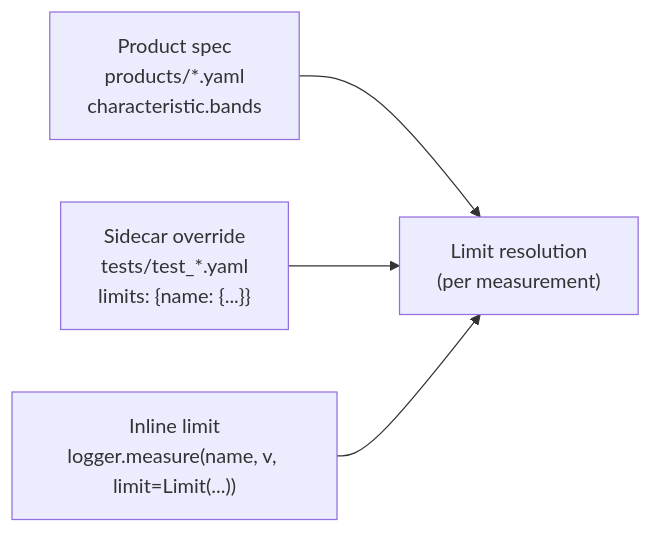
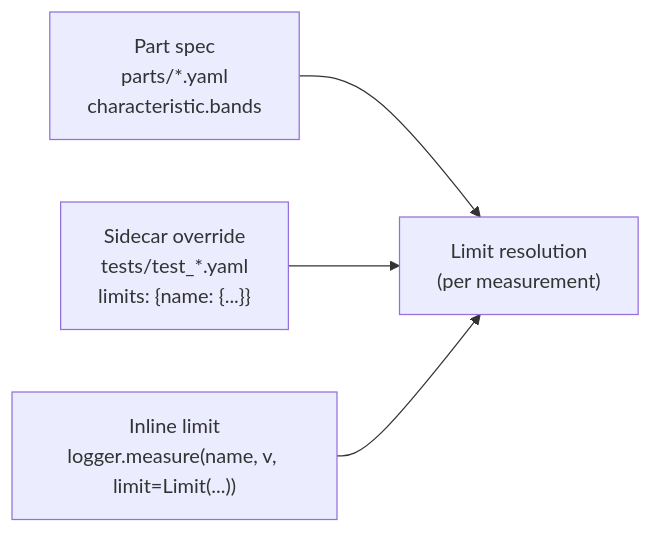
Before and after one commit to pragmatest-dev/testerkit: the sixth of 9 diagrams in docs/concepts/overview/architecture.md, drawn with Mermaid. The commit also changed other lines of this file and 246 other files, not shown here.

First line of the commit message:
refactor: rename product -> part across the codebase (#258)

````diff
--- a/docs/concepts/overview/architecture.md
+++ b/docs/concepts/overview/architecture.md
@@ -264,10 +264,10 @@
 ```mermaid
 flowchart LR
-    A["Product spec<br/>products/*.yaml<br/>characteristic.bands"]
+    A["Part spec<br/>parts/*.yaml<br/>characteristic.bands"]
     B["Sidecar override<br/>tests/test_*.yaml<br/>limits: {name: {...}}"]
     C["Inline limit<br/>logger.measure(name, v, limit=Limit(...))"]
     R["Limit resolution<br/>(per measurement)"]
     A --> R
     B --> R
     C --> R
 ```
````
